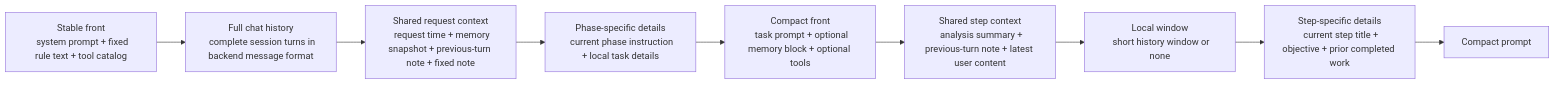
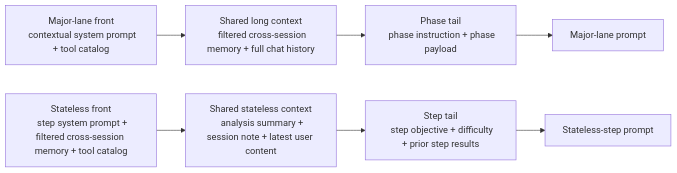
Before and after one commit to Eason023/chat-studio: the second of 3 diagrams in README.md, drawn with Mermaid. The commit also changed other lines of this file and 2 other files, not shown here.

Commit message:
feat: reconstruct intelligent mechanism of major lane for better session oriented chat.

````diff
--- a/README.md
+++ b/README.md
@@ -307,19 +307,16 @@
 ```mermaid
 flowchart LR
-  A["Stable front
-  system prompt + fixed rule text + tool catalog"] --> B["Full chat history
-  complete session turns in backend message format"]
-  B --> C["Shared request context
-  request time + memory snapshot + previous-turn note + fixed note"]
-  C --> D["Phase-specific details
-  current phase instruction + local task details"]
-  D --> E["Full-context prompt"]
-  E["Compact front
-  task prompt + optional memory block + optional tools"] --> F["Shared step context
-  analysis summary + previous-turn note + latest user content"]
-  F --> G["Local window
-  short history window or none"]
-  G --> H["Step-specific details
-  current step title + objective + prior completed work"]
-  H --> I["Compact prompt"]
+  A["Major-lane front
+  contextual system prompt + tool catalog"] --> B["Shared long context
+  filtered cross-session memory + full chat history"]
+  B --> C["Phase tail
+  phase instruction + phase payload"]
+  C --> D["Major-lane prompt"]
+
+  E["Stateless front
+  step system prompt + filtered cross-session memory + tool catalog"] --> F["Shared stateless context
+  analysis summary + session note + latest user content"]
+  F --> G["Step tail
+  step objective + difficulty + prior step results"]
+  G --> H["Stateless-step prompt"]
 ```
````
